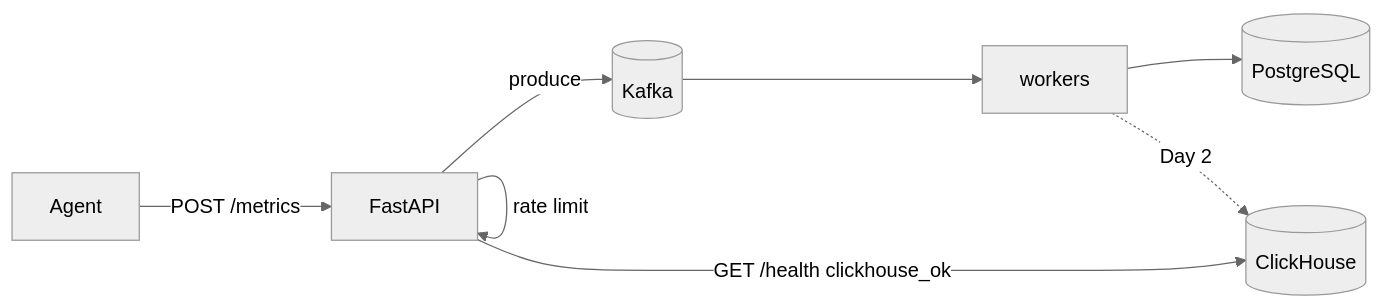
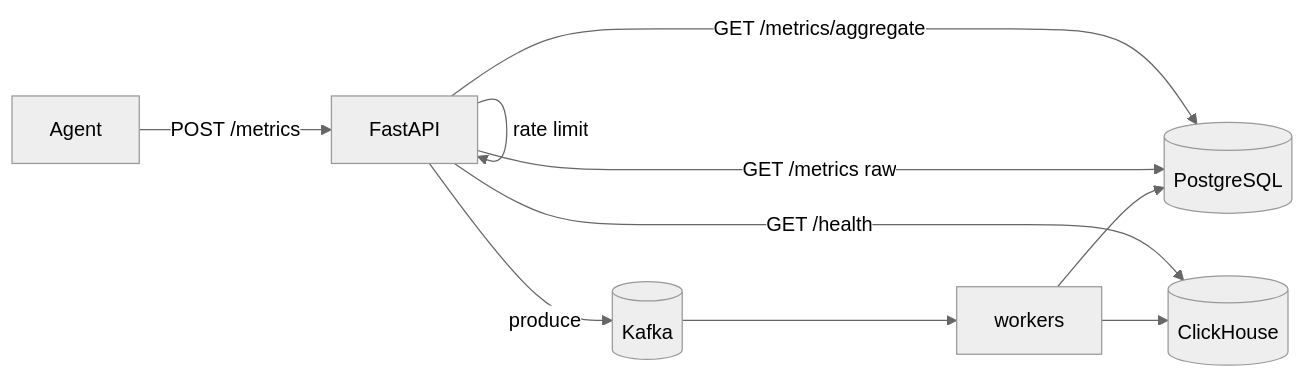
One commit to jayakrishnan98/InsightNode changed the diagram in docs/phase-3-architecture.md. Above: the diagram before and after it, drawn with Mermaid (neutral theme). The commit also changed other lines of this file and 6 other files, not shown here.

````diff
--- a/docs/phase-3-architecture.md
+++ b/docs/phase-3-architecture.md
@@ -18,10 +18,12 @@
 ```mermaid
 flowchart LR
   Agent -->|POST /metrics| API[FastAPI]
   API -->|rate limit| API
   API -->|produce| K[(Kafka)]
   K --> W[workers]
   W --> PG[(PostgreSQL)]
-  W -.->|Day 2| CH[(ClickHouse)]
-  API -->|GET /health clickhouse_ok| CH
+  W --> CH[(ClickHouse)]
+  API -->|GET /metrics raw| PG
+  API -->|GET /metrics/aggregate| PG
+  API -->|GET /health| CH
 ```
````
